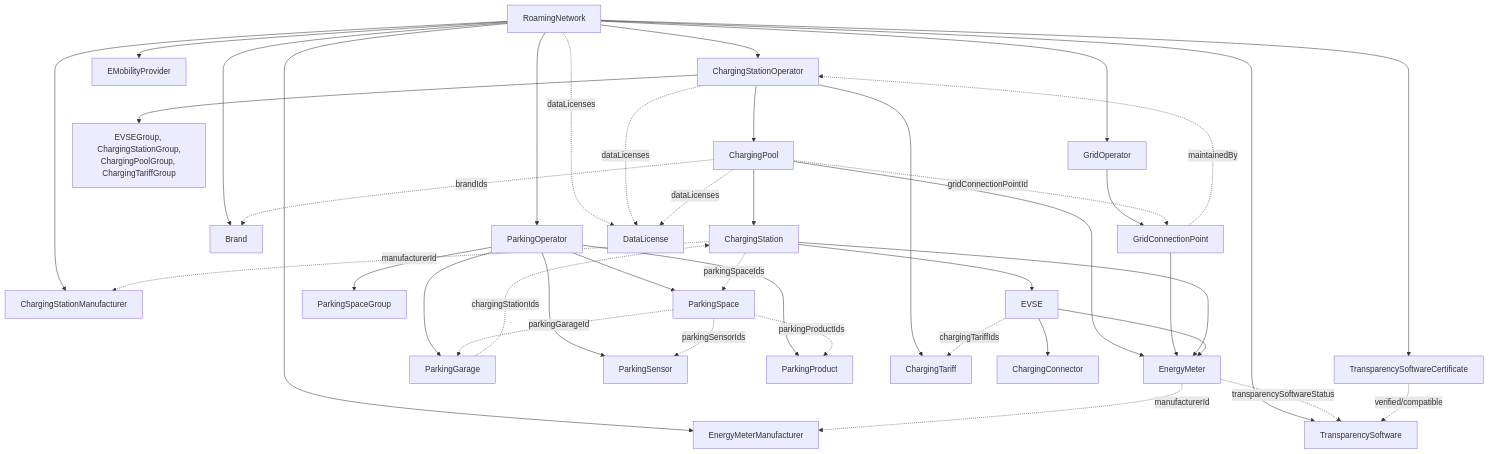
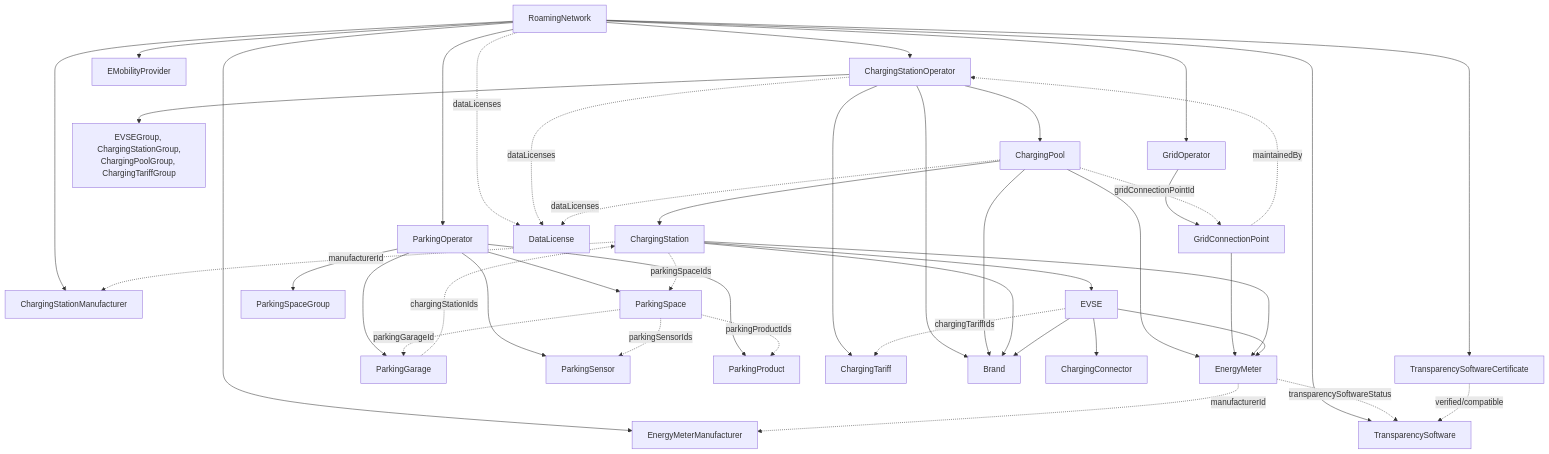
Before and after one commit to OpenChargingCloud/WWCP_POI: the diagram in README.md, drawn with Mermaid. The commit also changed other lines of this file and 26 other files, not shown here.

First line of the commit message:
POI3 brands on every level of their own: a charging station operator, pool, station, EVSE and RFID authentication mode embed their brands, and the roaming network has none

````diff
--- a/README.md
+++ b/README.md
@@ -22,44 +22,46 @@
 ```mermaid
 flowchart TD
     RoamingNetwork --> ChargingStationOperator
     RoamingNetwork --> ChargingStationManufacturer
     RoamingNetwork --> EMobilityProvider
     RoamingNetwork --> GridOperator
     RoamingNetwork --> ParkingOperator
     RoamingNetwork --> TransparencySoftware
-    RoamingNetwork --> Brand
     RoamingNetwork --> TransparencySoftwareCertificate
     RoamingNetwork --> EnergyMeterManufacturer
     ParkingOperator --> ParkingGarage
     ParkingOperator --> ParkingSpace
     ParkingOperator --> ParkingSensor
     ParkingOperator --> ParkingSpaceGroup
     ParkingOperator --> ParkingProduct
     ChargingStationOperator --> ChargingTariff
     ChargingStationOperator --> Groups["EVSEGroup, ChargingStationGroup,<br/>ChargingPoolGroup, ChargingTariffGroup"]
     ChargingStationOperator --> ChargingPool
+    ChargingStationOperator --> Brand
+    ChargingPool --> Brand
+    ChargingStation --> Brand
+    EVSE --> Brand
     ChargingPool --> ChargingStation
     GridOperator --> GridConnectionPoint
     ChargingStation --> EVSE
     EVSE --> ChargingConnector
     ChargingPool --> EnergyMeter
     GridConnectionPoint --> EnergyMeter
     ChargingStation --> EnergyMeter
     EVSE --> EnergyMeter
     ChargingStation -. manufacturerId .-> ChargingStationManufacturer
     ChargingPool -. gridConnectionPointId .-> GridConnectionPoint
     GridConnectionPoint -. maintainedBy .-> ChargingStationOperator
     ParkingSpace -. parkingGarageId .-> ParkingGarage
     ParkingSpace -. parkingSensorIds .-> ParkingSensor
     ParkingGarage -. chargingStationIds .-> ChargingStation
     ParkingSpace -. parkingProductIds .-> ParkingProduct
     ChargingStation -. parkingSpaceIds .-> ParkingSpace
     EVSE -. chargingTariffIds .-> ChargingTariff
-    ChargingPool -. brandIds .-> Brand
     EnergyMeter -. manufacturerId .-> EnergyMeterManufacturer
     EnergyMeter -. transparencySoftwareStatus .-> TransparencySoftware
     TransparencySoftwareCertificate -. verified/compatible .-> TransparencySoftware
     RoamingNetwork -. dataLicenses .-> DataLicense
     ChargingStationOperator -. dataLicenses .-> DataLicense
     ChargingPool -. dataLicenses .-> DataLicense
 ```
````
